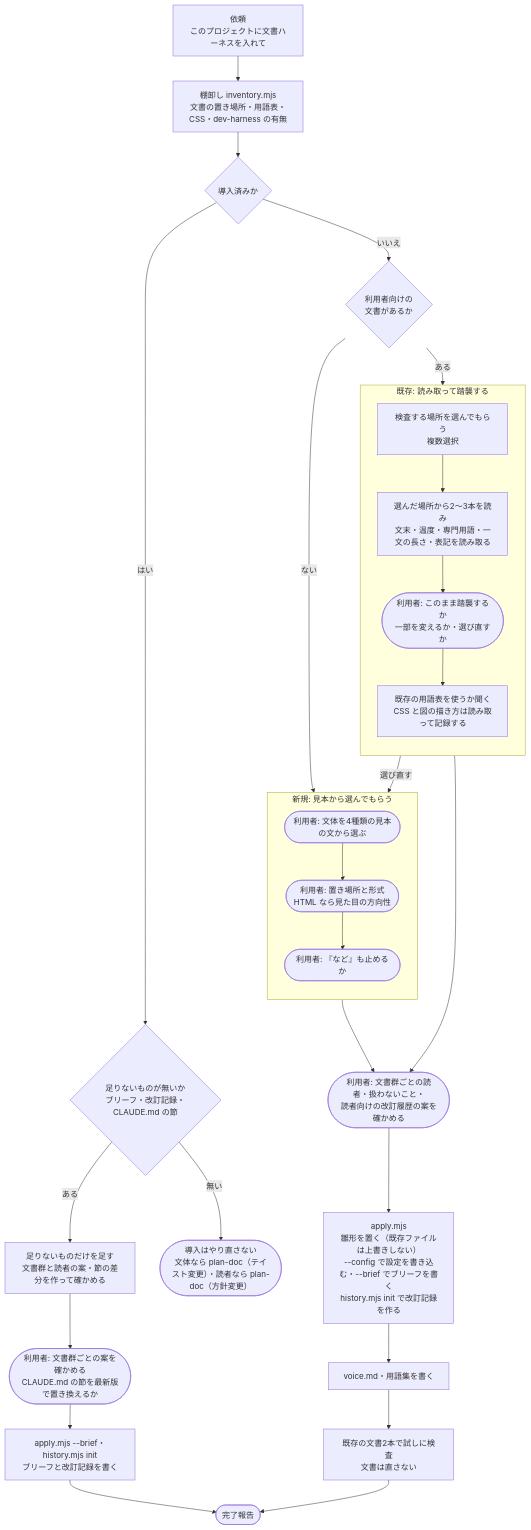
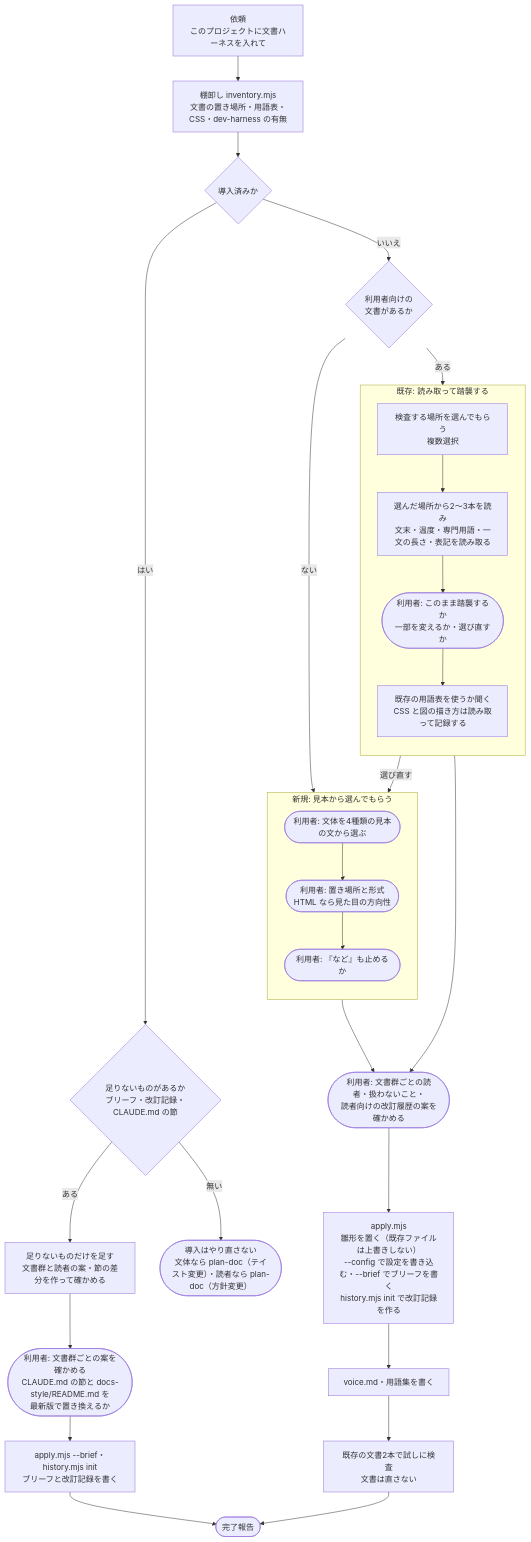
The diagram in docs/diagrams/03_導入フロー図.md (mizuta0711/claude-doc-harness), drawn with Mermaid before and after one commit. The commit also changed other lines of this file and 18 other files, not shown here.

````diff
--- a/docs/diagrams/03_導入フロー図.md
+++ b/docs/diagrams/03_導入フロー図.md
@@ -26,43 +26,43 @@
 ```mermaid
 flowchart TD
     START["依頼<br/>このプロジェクトに文書ハーネスを入れて"]
     INV["棚卸し inventory.mjs<br/>文書の置き場所・用語表・CSS・dev-harness の有無"]
     DONE_BEFORE{"導入済みか"}
-    HAS_BRIEF{"足りないものが無いか<br/>ブリーフ・改訂記録・CLAUDE.md の節"}
+    HAS_BRIEF{"足りないものがあるか<br/>ブリーフ・改訂記録・CLAUDE.md の節"}
     ADD_BRIEF["足りないものだけを足す<br/>文書群と読者の案・節の差分を作って確かめる"]
     TO_TONE(["導入はやり直さない<br/>文体なら plan-doc（テイスト変更）・読者なら plan-doc（方針変更）"])
     EXIST{"利用者向けの<br/>文書があるか"}
 
     subgraph EXISTING["既存: 読み取って踏襲する"]
         direction TB
         A1["検査する場所を選んでもらう<br/>複数選択"]
         A2["選んだ場所から2〜3本を読み<br/>文末・温度・専門用語・一文の長さ・表記を読み取る"]
         A3(["利用者: このまま踏襲するか<br/>一部を変えるか・選び直すか"])
         A4["既存の用語表を使うか聞く<br/>CSS と図の描き方は読み取って記録する"]
     end
 
     subgraph NEW["新規: 見本から選んでもらう"]
         direction TB
         B1(["利用者: 文体を4種類の見本の文から選ぶ"])
         B2(["利用者: 置き場所と形式<br/>HTML なら見た目の方向性"])
         B3(["利用者: 『など』も止めるか"])
     end
 
     GROUPS(["利用者: 文書群ごとの読者・扱わないこと・<br/>読者向けの改訂履歴の案を確かめる"])
     APPLY["apply.mjs<br/>雛形を置く（既存ファイルは上書きしない）<br/>--config で設定を書き込む・--brief でブリーフを書く<br/>history.mjs init で改訂記録を作る"]
     VOICE["voice.md・用語集を書く"]
     TRY["既存の文書2本で試しに検査<br/>文書は直さない"]
     REPORT(["完了報告"])
 
     START --> INV --> DONE_BEFORE
     DONE_BEFORE -- はい --> HAS_BRIEF
     HAS_BRIEF -- 無い --> TO_TONE
-    HAS_BRIEF -- ある --> ADD_BRIEF --> GROUPS2(["利用者: 文書群ごとの案を確かめる<br/>CLAUDE.md の節を最新版で置き換えるか"])
+    HAS_BRIEF -- ある --> ADD_BRIEF --> GROUPS2(["利用者: 文書群ごとの案を確かめる<br/>CLAUDE.md の節と docs-style/README.md を<br/>最新版で置き換えるか"])
     GROUPS2 --> BRIEF_ONLY["apply.mjs --brief・history.mjs init<br/>ブリーフと改訂記録を書く"] --> REPORT
     DONE_BEFORE -- いいえ --> EXIST
     EXIST -- ある --> A1 --> A2 --> A3 --> A4 --> GROUPS
     A3 -- 選び直す --> B1
     EXIST -- ない --> B1 --> B2 --> B3 --> GROUPS
     GROUPS --> APPLY
     APPLY --> VOICE --> TRY --> REPORT
 ```
````
